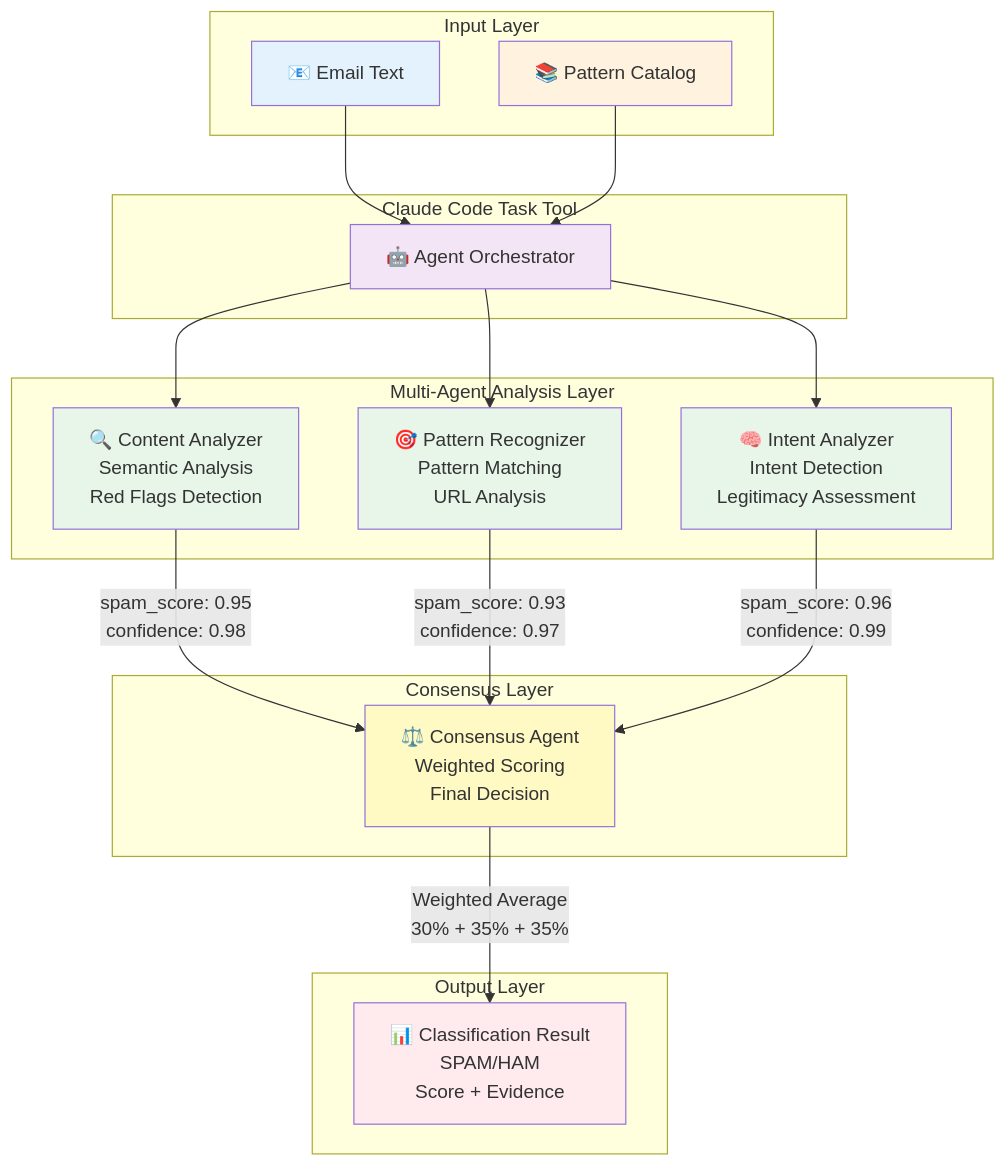
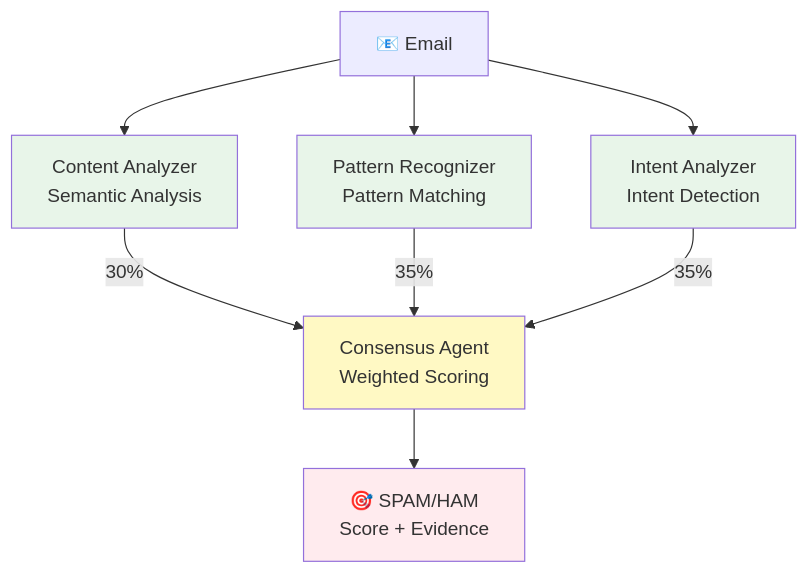
The diagram in README.md (lodetomasi/spam-classifier), drawn with Mermaid before and after one commit. The commit also changed other lines of this file, not shown here.

First line of the commit message:
docs: simplify README - reduce diagrams

````diff
--- a/README.md
+++ b/README.md
@@ -72,46 +39,18 @@
 ```mermaid
 graph TB
-    subgraph "Input Layer"
-        Email[📧 Email Text]
-        Catalog[📚 Pattern Catalog]
-    end
+    Email[📧 Email] --> CA[Content Analyzer<br/>Semantic Analysis]
+    Email --> PR[Pattern Recognizer<br/>Pattern Matching]
+    Email --> IA[Intent Analyzer<br/>Intent Detection]
 
-    subgraph "Claude Code Task Tool"
-        TaskTool[🤖 Agent Orchestrator]
-    end
+    CA -->|30%| Consensus[Consensus Agent<br/>Weighted Scoring]
+    PR -->|35%| Consensus
+    IA -->|35%| Consensus
 
-    subgraph "Multi-Agent Analysis Layer"
-        CA[🔍 Content Analyzer<br/>Semantic Analysis<br/>Red Flags Detection]
-        PR[🎯 Pattern Recognizer<br/>Pattern Matching<br/>URL Analysis]
-        IA[🧠 Intent Analyzer<br/>Intent Detection<br/>Legitimacy Assessment]
-    end
+    Consensus --> Result[🎯 SPAM/HAM<br/>Score + Evidence]
 
-    subgraph "Consensus Layer"
-        Consensus[⚖️ Consensus Agent<br/>Weighted Scoring<br/>Final Decision]
-    end
-
-    subgraph "Output Layer"
-        Result[📊 Classification Result<br/>SPAM/HAM<br/>Score + Evidence]
-    end
-
-    Email --> TaskTool
-    Catalog --> TaskTool
-    TaskTool --> CA
-    TaskTool --> PR
-    TaskTool --> IA
-
-    CA -->|spam_score: 0.95<br/>confidence: 0.98| Consensus
-    PR -->|spam_score: 0.93<br/>confidence: 0.97| Consensus
-    IA -->|spam_score: 0.96<br/>confidence: 0.99| Consensus
-
-    Consensus -->|Weighted Average<br/>30% + 35% + 35%| Result
-
-    style Email fill:#e3f2fd
-    style Catalog fill:#fff3e0
-    style TaskTool fill:#f3e5f5
     style CA fill:#e8f5e9
     style PR fill:#e8f5e9
     style IA fill:#e8f5e9
     style Consensus fill:#fff9c4
     style Result fill:#ffebee
 ```
````
